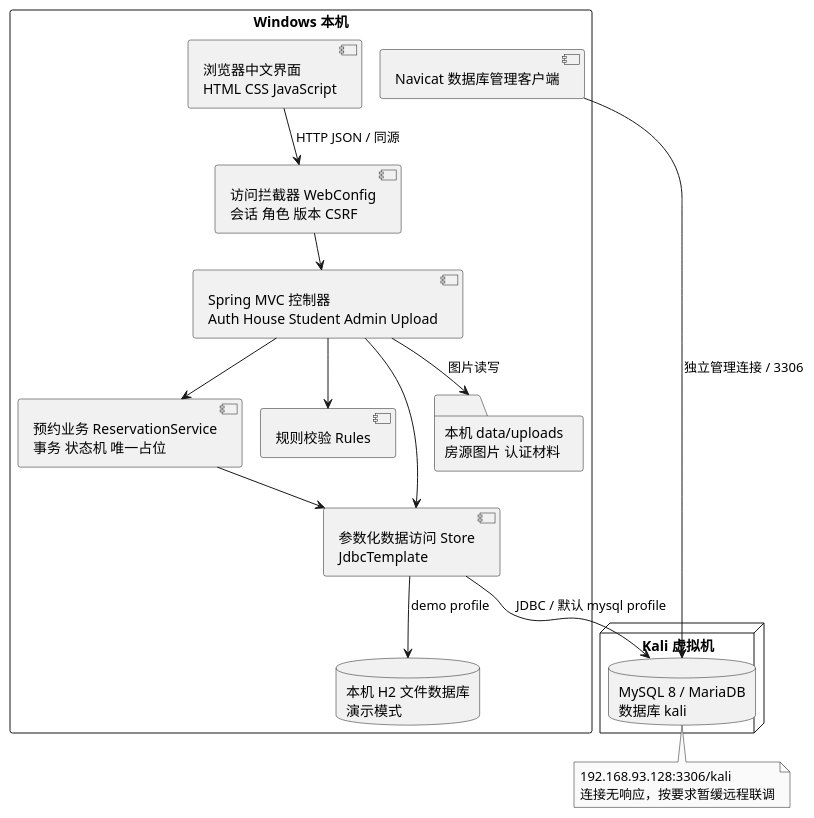
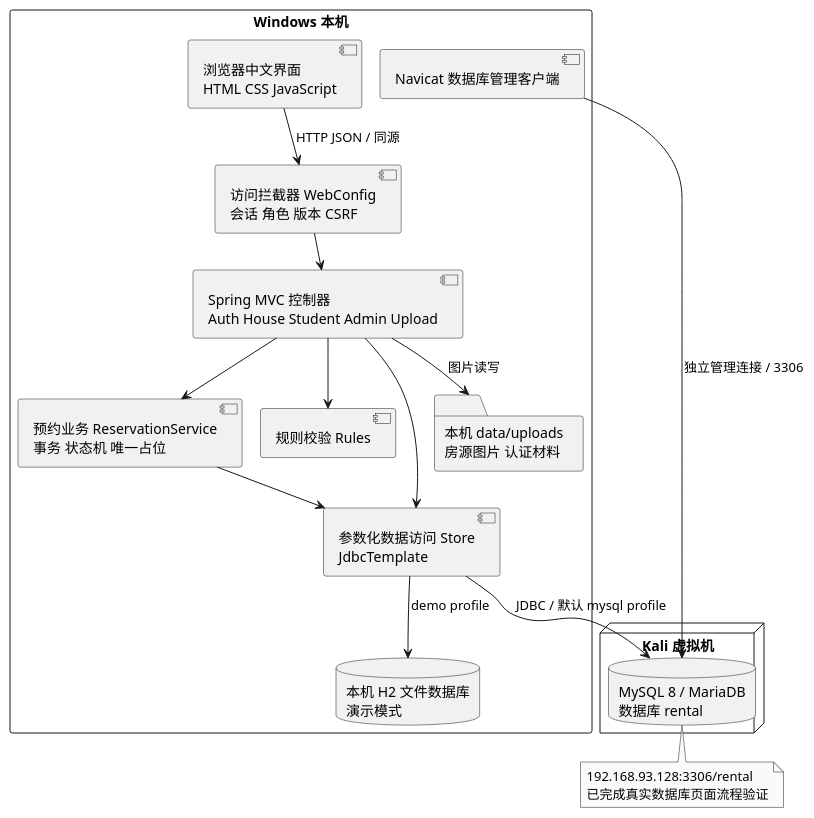
One commit to sxc2044-pixel/rental-hub changed the diagram in docs/diagrams/03-architecture.puml. Above: the diagram before and after it, drawn with PlantUML. The commit also changed 42 other files, not shown here.

Commit message:
fix: restore Kali database startup and migrate project schema to rental

```diff
--- a/docs/diagrams/03-architecture.puml
+++ b/docs/diagrams/03-architecture.puml
@@ -1,34 +1,34 @@
 @startuml
 !pragma layout smetana
 skinparam defaultFontName Microsoft YaHei
 skinparam monochrome true
 skinparam shadowing false
 rectangle "Windows 本机" {
  component "Navicat 数据库管理客户端" as Navicat
  component "浏览器中文界面\nHTML CSS JavaScript" as Browser
  component "Spring MVC 控制器\nAuth House Student Admin Upload" as Controllers
  component "访问拦截器 WebConfig\n会话 角色 版本 CSRF" as Guard
  component "预约业务 ReservationService\n事务 状态机 唯一占位" as Service
  component "规则校验 Rules" as Rules
  component "参数化数据访问 Store\nJdbcTemplate" as Store
  database "本机 H2 文件数据库\n演示模式" as H2
  folder "本机 data/uploads\n房源图片 认证材料" as Files
 }
 node "Kali 虚拟机" {
- database "MySQL 8 / MariaDB\n数据库 kali" as MySQL
+ database "MySQL 8 / MariaDB\n数据库 rental" as MySQL
 }
 Browser --> Guard : HTTP JSON / 同源
 Guard --> Controllers
 Controllers --> Rules
 Controllers --> Service
 Controllers --> Store
 Service --> Store
 Store --> H2 : demo profile
 Store --> MySQL : JDBC / 默认 mysql profile
 Navicat --> MySQL : 独立管理连接 / 3306
 Controllers --> Files : 图片读写
 note bottom of MySQL
-192.168.93.128:3306/kali
-连接无响应，按要求暂缓远程联调
+192.168.93.128:3306/rental
+已完成真实数据库页面流程验证
 end note
 @enduml
```
